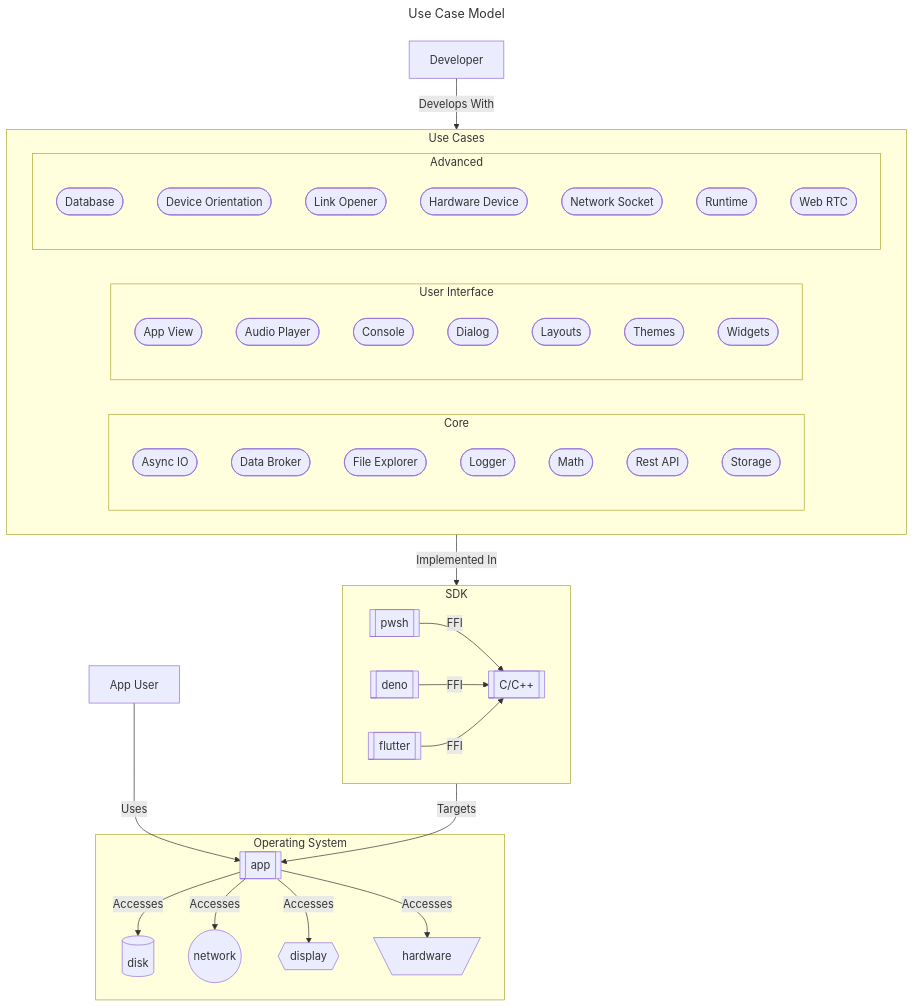
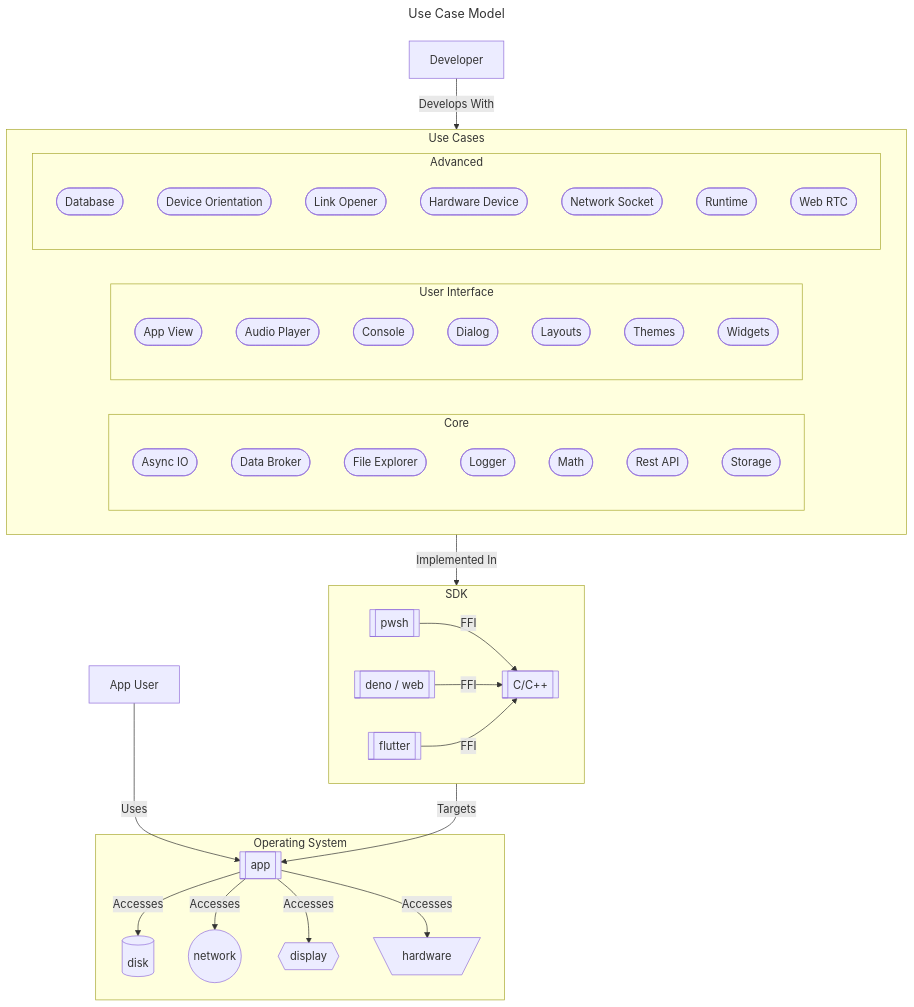
One commit to CodeMelted/codemelted_developer changed the diagram in README.md. Above: the diagram before and after it, drawn with Mermaid. The commit also changed other lines of this file and 13 other files, not shown here.

````diff
--- a/README.md
+++ b/README.md
@@ -30,59 +39,59 @@
 ```mermaid
 ---
 title: Use Case Model
 ---
 flowchart TD
     subgraph ucModel[Use Cases]
         subgraph Core
             ucAsyncIO([Async IO])
             ucDataBroker([Data Broker])
             ucFileExplorer([File Explorer])
             ucLogger([Logger])
             ucMath([Math])
             ucRestAPI([Rest API])
             ucStorage([Storage])
         end
         subgraph User Interface
             ucAppView([App View])
             ucAudioPlayer([Audio Player])
             ucConsole([Console])
             ucDialog([Dialog])
             ucLayouts([Layouts])
             ucThemes([Themes])
             ucWidgets([Widgets])
         end
         subgraph Advanced
             ucDatabase([Database])
             ucDeviceOrientation([Device Orientation])
             ucLinkOpener([Link Opener])
             ucHardwareDevice([Hardware Device])
             ucNetworkSocket([Network Socket])
             ucRuntime([Runtime])
             ucWebRTC([Web RTC])
         end
     end
     subgraph sdk[SDK]
         pwsh[[pwsh]]
-        deno[[deno]]
+        deno[[deno / web]]
         flutter[[flutter]]
         C[[C/C++]]
     end
     subgraph os[Operating System]
         app[[app]]
         disk[(disk)]
         network((network))
         display{{display}}
         hardware[\hardware/]
     end
     Developer--Develops With-->ucModel
     pwsh--FFI-->C
     deno--FFI-->C
     flutter--FFI-->C
     ucModel--Implemented In-->sdk
     sdk--Targets-->app
     app--Accesses-->disk
     app--Accesses-->network
     app--Accesses-->display
     app--Accesses-->hardware
     appUser[App User]--Uses-->app
 ```
````
